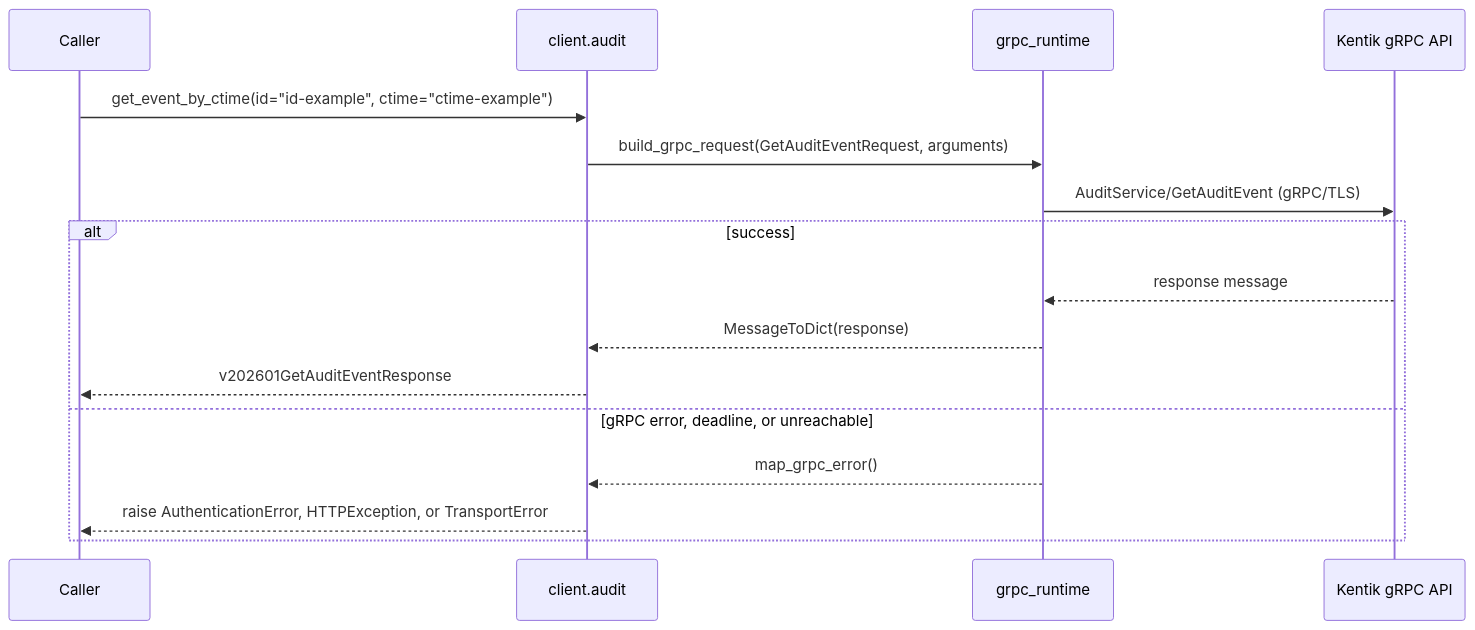
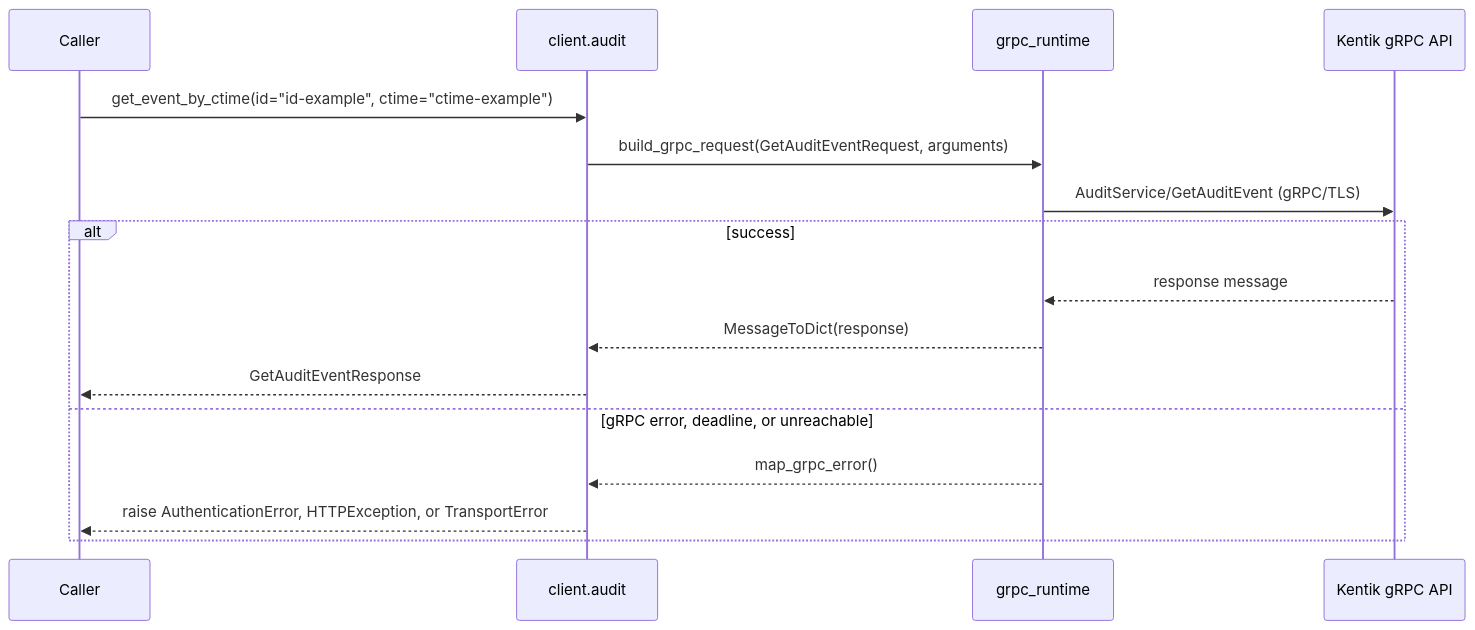
The seventh of 8 diagrams in docs/sphinx/services/audit.md (alexdearaujo/community_sdk_python), drawn with Mermaid before and after one commit. The commit also changed other lines of this file and 38 other files, not shown here.

````diff
--- a/docs/sphinx/services/audit.md
+++ b/docs/sphinx/services/audit.md
@@ -213,19 +213,19 @@
 ```mermaid
 sequenceDiagram
     participant C as Caller
     participant W as client.audit
     participant R as grpc_runtime
     participant API as Kentik gRPC API
 
     C->>W: get_event_by_ctime(id="id-example", ctime="ctime-example")
     W->>R: build_grpc_request(GetAuditEventRequest, arguments)
     R->>API: AuditService/GetAuditEvent (gRPC/TLS)
     alt success
         API-->>R: response message
         R-->>W: MessageToDict(response)
-        W-->>C: v202601GetAuditEventResponse
+        W-->>C: GetAuditEventResponse
     else gRPC error, deadline, or unreachable
         R-->>W: map_grpc_error()
         W-->>C: raise AuthenticationError, HTTPException, or TransportError
     end
 ```
````
